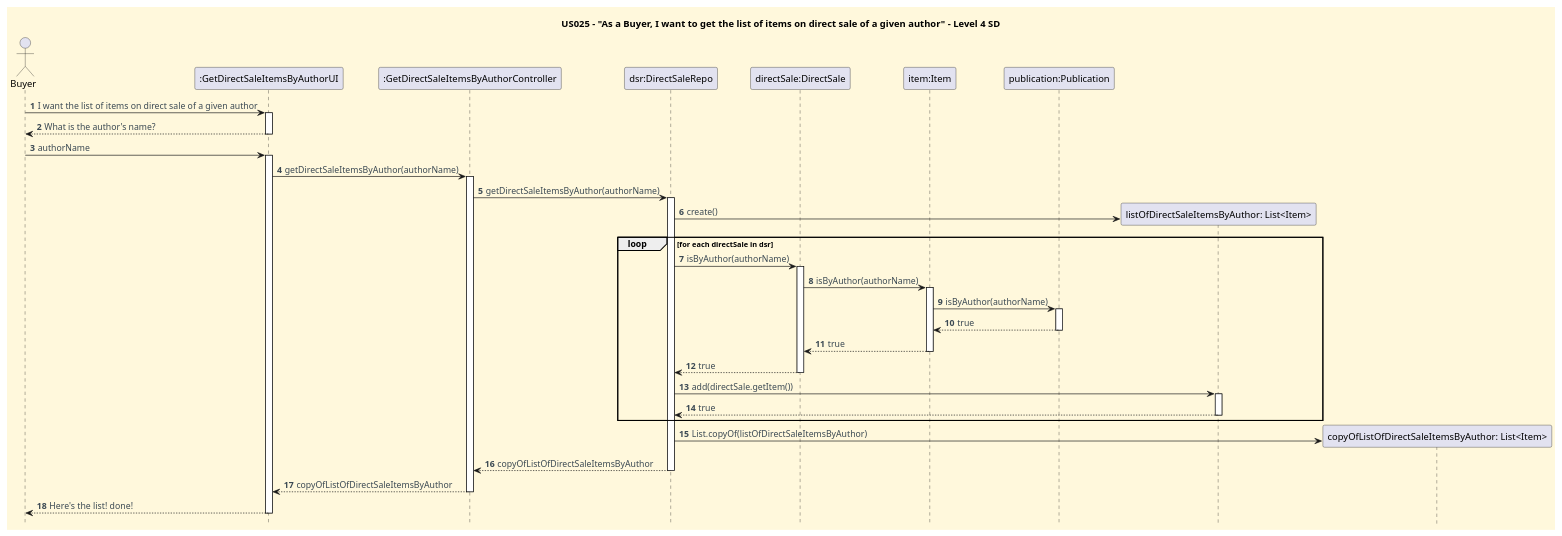
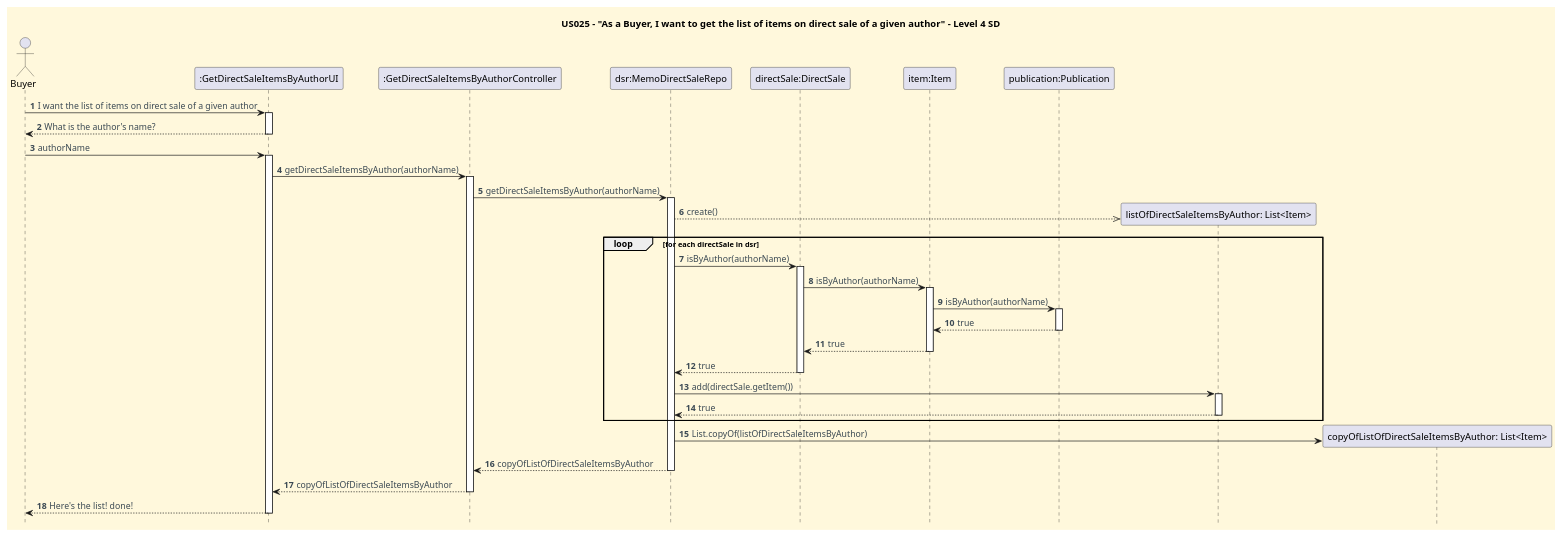
Before and after one commit to CarolinaLeite-collab/JavaMarketplacePlatform: the diagram in docs/userStories/US025/US025_get_list_of_items_on_direct_sale_of_given_author_SD_3.puml, drawn with PlantUML.

Commit message:
Ref #406: Add CD and SD for DDD reengineering US025

```diff
--- a/docs/userStories/US025/US025_get_list_of_items_on_direct_sale_of_given_author_SD_3.puml
+++ b/docs/userStories/US025/US025_get_list_of_items_on_direct_sale_of_given_author_SD_3.puml
@@ -1,79 +1,79 @@
 @startuml
 title US025 – "As a Buyer, I want to get the list of items on direct sale of a given author" - Level 4 SD
 hidefootbox
 
 '==== basic style ====
 skinparam monochrome false
 skinparam shadowing false
 skinparam defaultFontName Futura
 skinparam objectFontSize 20
 skinparam backgroundColor CornSilk
 skinparam objectBackgroundColor WhiteSmoke
 skinparam noteBackgroundColor #FFFFE0
 skinparam ArrowFontColor #3B4953
 skinparam ActivationBackgroundColor black
 
 autonumber
 autoactivate off
 
 ' --- Actor and participants ---
 actor Buyer
 participant ":GetDirectSaleItemsByAuthorUI" as UI
 participant ":GetDirectSaleItemsByAuthorController" as CTL
-participant "dsr:DirectSaleRepo" as DSR
+participant "dsr:MemoDirectSaleRepo" as DSR
 participant "directSale:DirectSale" as DS
 participant "item:Item" as IT
 participant "publication:Publication" as PUB
 
 
 
 ' --- Dialog ---
 Buyer -> UI: I want the list of items on direct sale of a given author
 activate UI
 UI --> Buyer: What is the author's name?
 deactivate UI
 Buyer -> UI: authorName
 activate UI
 UI -> CTL: getDirectSaleItemsByAuthor(authorName)
 activate CTL
 CTL -> DSR: getDirectSaleItemsByAuthor(authorName)
 activate DSR
 
 create "listOfDirectSaleItemsByAuthor: List<Item>" as List
-DSR -> List: create()
+DSR -->> List: create()
 
 loop for each directSale in dsr
     DSR -> DS: isByAuthor(authorName)
     activate DS
     DS -> IT: isByAuthor(authorName)
     activate IT
     IT -> PUB: isByAuthor(authorName)
     activate PUB
     PUB --> IT: true
     deactivate PUB
     IT --> DS: true
     deactivate IT
     DS --> DSR: true
     deactivate DS
     DSR -> List: add(directSale.getItem())
     activate List
     List --> DSR: true
     deactivate List
 end
 
 
 
 create "copyOfListOfDirectSaleItemsByAuthor: List<Item>" as Copy
 DSR -> Copy: List.copyOf(listOfDirectSaleItemsByAuthor)
 
 'participant "author:Author" as AUT
 
 
 DSR --> CTL: copyOfListOfDirectSaleItemsByAuthor
 deactivate DSR
 CTL --> UI: copyOfListOfDirectSaleItemsByAuthor
 deactivate CTL
 UI --> Buyer: Here's the list! done!
 deactivate UI
 
 @enduml
```
